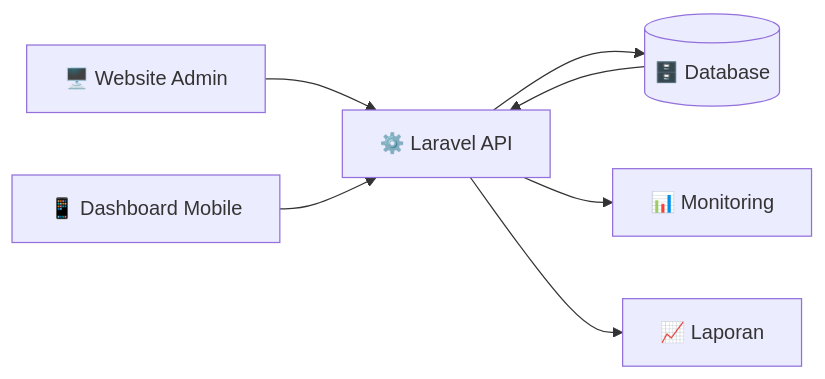
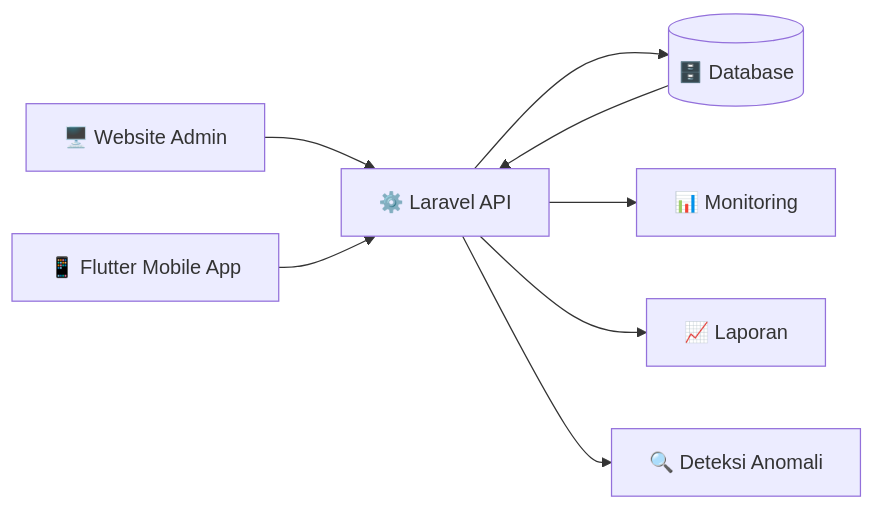
One commit to ramjitampan/BMTA-Bensin-monitoring-Telkom-akses- changed the second of 3 diagrams in README.md. Above: the diagram before and after it, drawn with Mermaid. The commit also changed other lines of this file, not shown here.

Commit message:
docs: update README — v2.1 REST API, anomaly detection, remove AI, add Flutter response format

````diff
--- a/README.md
+++ b/README.md
@@ -212,9 +258,10 @@
 ```mermaid
 flowchart LR
     A[🖥️ Website Admin] --> B[⚙️ Laravel API]
-    C[📱 Dashboard Mobile] --> B
+    C[📱 Flutter Mobile App] --> B
     B --> D[(🗄️ Database)]
     D --> B
     B --> E[📊 Monitoring]
     B --> F[📈 Laporan]
+    B --> G[🔍 Deteksi Anomali]
 ```
````
